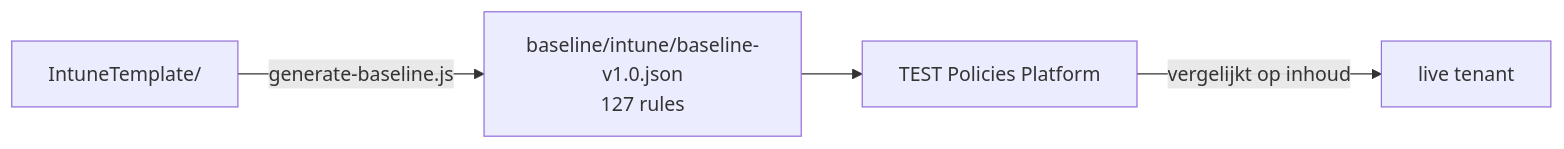
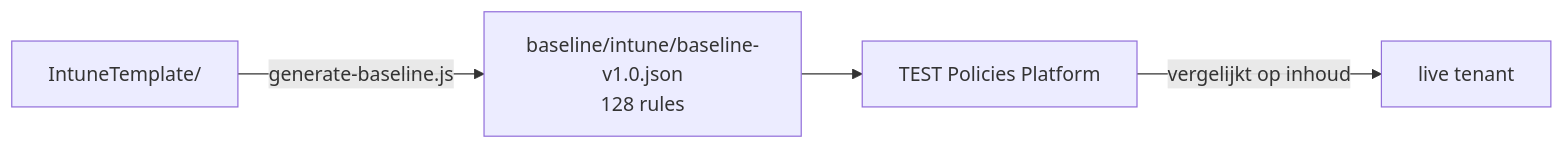
The diagram in baseline/README.md (sjkanon/IntuneBackup), drawn with Mermaid before and after one commit. The commit also changed other lines of this file and 13 other files, not shown here.

````diff
--- a/baseline/README.md
+++ b/baseline/README.md
@@ -10,6 +10,6 @@
 ```mermaid
 flowchart LR
-  T["IntuneTemplate/"] -->|generate-baseline.js| B["baseline/intune/baseline-v1.0.json<br/>127 rules"]
+  T["IntuneTemplate/"] -->|generate-baseline.js| B["baseline/intune/baseline-v1.0.json<br/>128 rules"]
   B --> P["TEST Policies Platform"]
   P -->|vergelijkt op inhoud| TEN["live tenant"]
 ```
````
